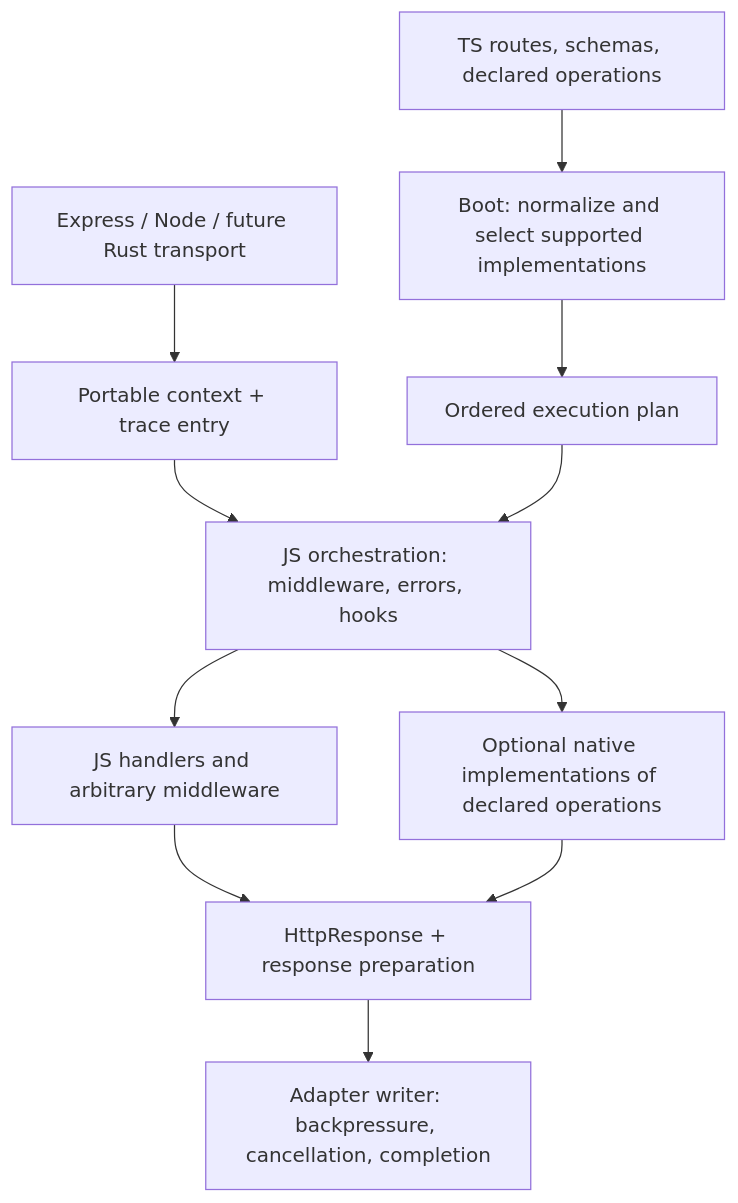
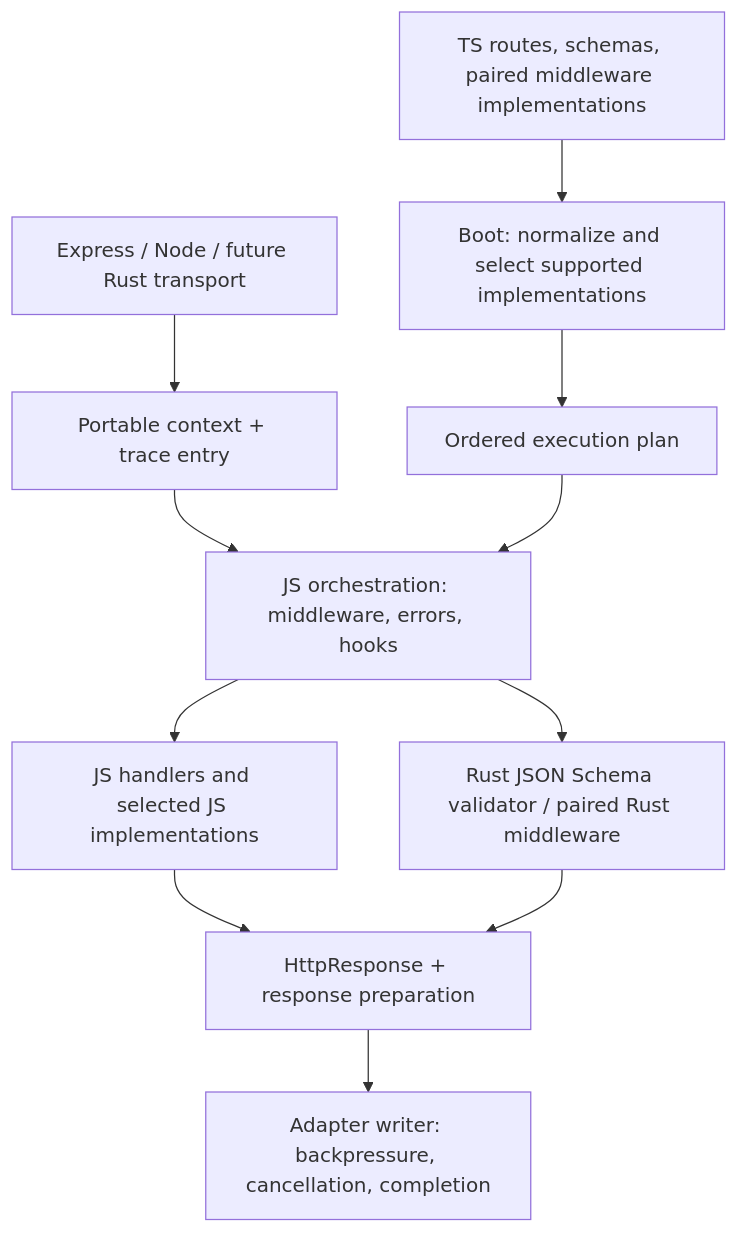
Before and after one commit to adaptivestone/framework: the diagram in .plans/refactor/reference/astro-proposal.md, drawn with Mermaid. The commit also changed other lines of this file and 2 other files, not shown here.

Commit message:
docs: clarify paired JS and Rust middleware implementations

````diff
--- a/.plans/refactor/reference/astro-proposal.md
+++ b/.plans/refactor/reference/astro-proposal.md
@@ -216,13 +228,13 @@
 ```mermaid
 flowchart TD
-    Declarations["TS routes, schemas, declared operations"] --> Boot["Boot: normalize and select supported implementations"]
+    Declarations["TS routes, schemas, paired middleware implementations"] --> Boot["Boot: normalize and select supported implementations"]
     Boot --> Plan["Ordered execution plan"]
     Transport["Express / Node / future Rust transport"] --> Context["Portable context + trace entry"]
     Context --> Executor["JS orchestration: middleware, errors, hooks"]
     Plan --> Executor
-    Executor --> JS["JS handlers and arbitrary middleware"]
-    Executor --> Native["Optional native implementations of declared operations"]
+    Executor --> JS["JS handlers and selected JS implementations"]
+    Executor --> Native["Rust JSON Schema validator / paired Rust middleware"]
     JS --> Response["HttpResponse + response preparation"]
     Native --> Response
     Response --> Writer["Adapter writer: backpressure, cancellation, completion"]
 ```
````
